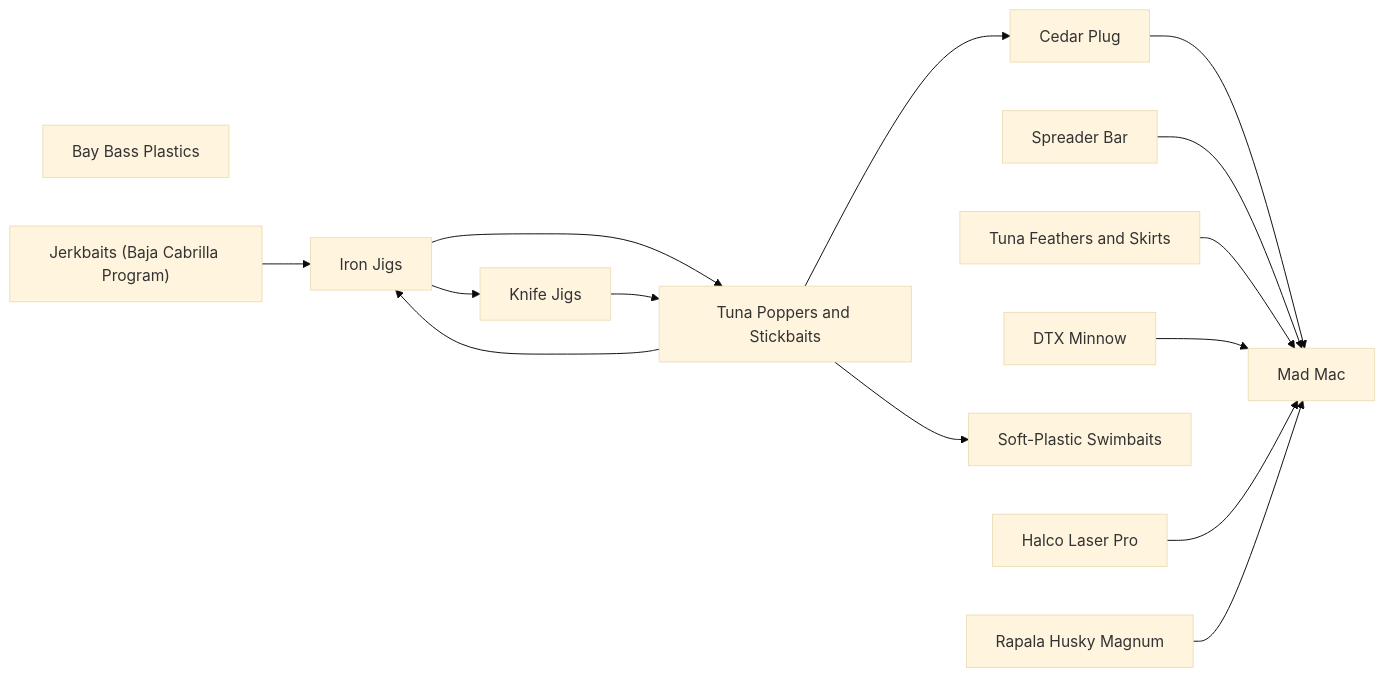
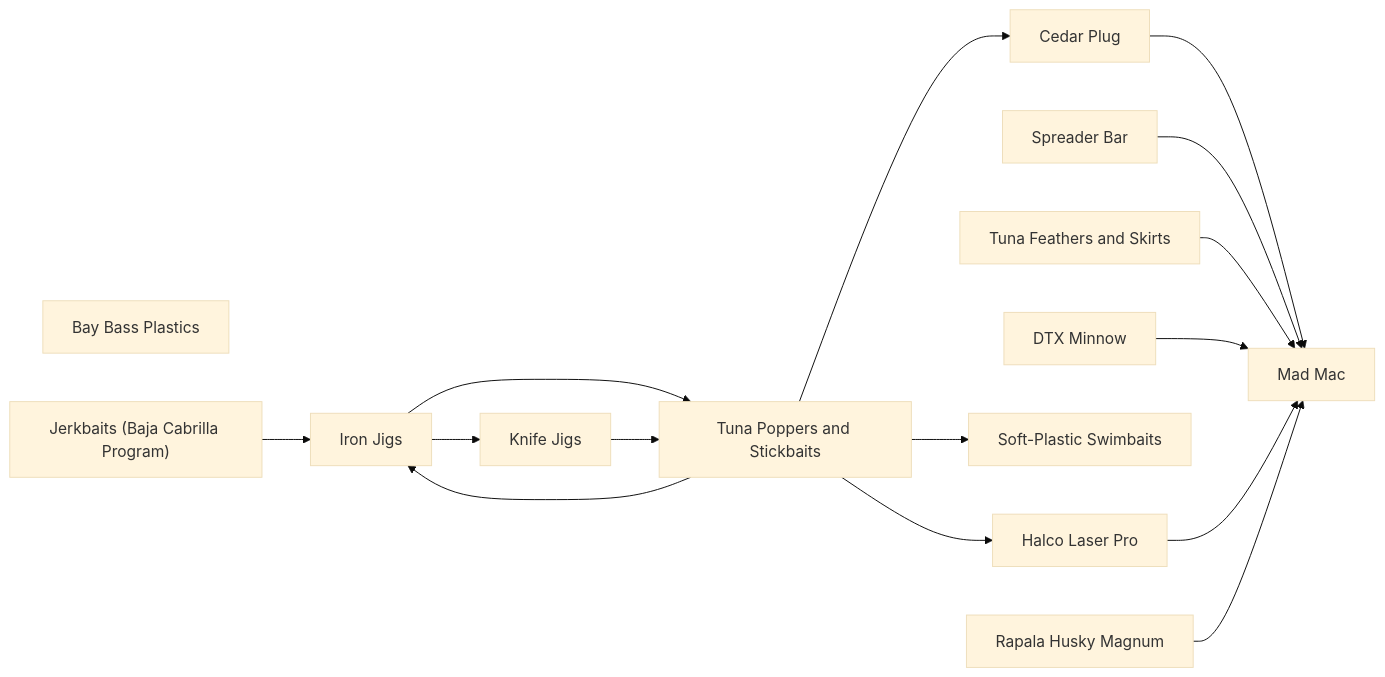
Before and after one commit to camchuckpete-max/Socal-Fishing-Knowledge: the diagram in lures/README.md, drawn with Mermaid (base theme). The commit also changed 3 other files, not shown here.

````diff
--- a/lures/README.md
+++ b/lures/README.md
@@ -26,29 +26,30 @@
 ```mermaid
 graph LR
   n0["Bay Bass Plastics"]
   n1["Cedar Plug"]
   n2["DTX Minnow"]
   n3["Halco Laser Pro"]
   n4["Iron Jigs"]
   n5["Jerkbaits (Baja Cabrilla Program)"]
   n6["Knife Jigs"]
   n7["Mad Mac"]
   n8["Rapala Husky Magnum"]
   n9["Soft-Plastic Swimbaits"]
   n10["Spreader Bar"]
   n11["Tuna Feathers and Skirts"]
   n12["Tuna Poppers and Stickbaits"]
   n1 --> n7
   n10 --> n7
   n11 --> n7
   n12 --> n1
+  n12 --> n3
   n12 --> n4
   n12 --> n9
   n2 --> n7
   n3 --> n7
   n4 --> n12
   n4 --> n6
   n5 --> n4
   n6 --> n12
   n8 --> n7
 ```
````
